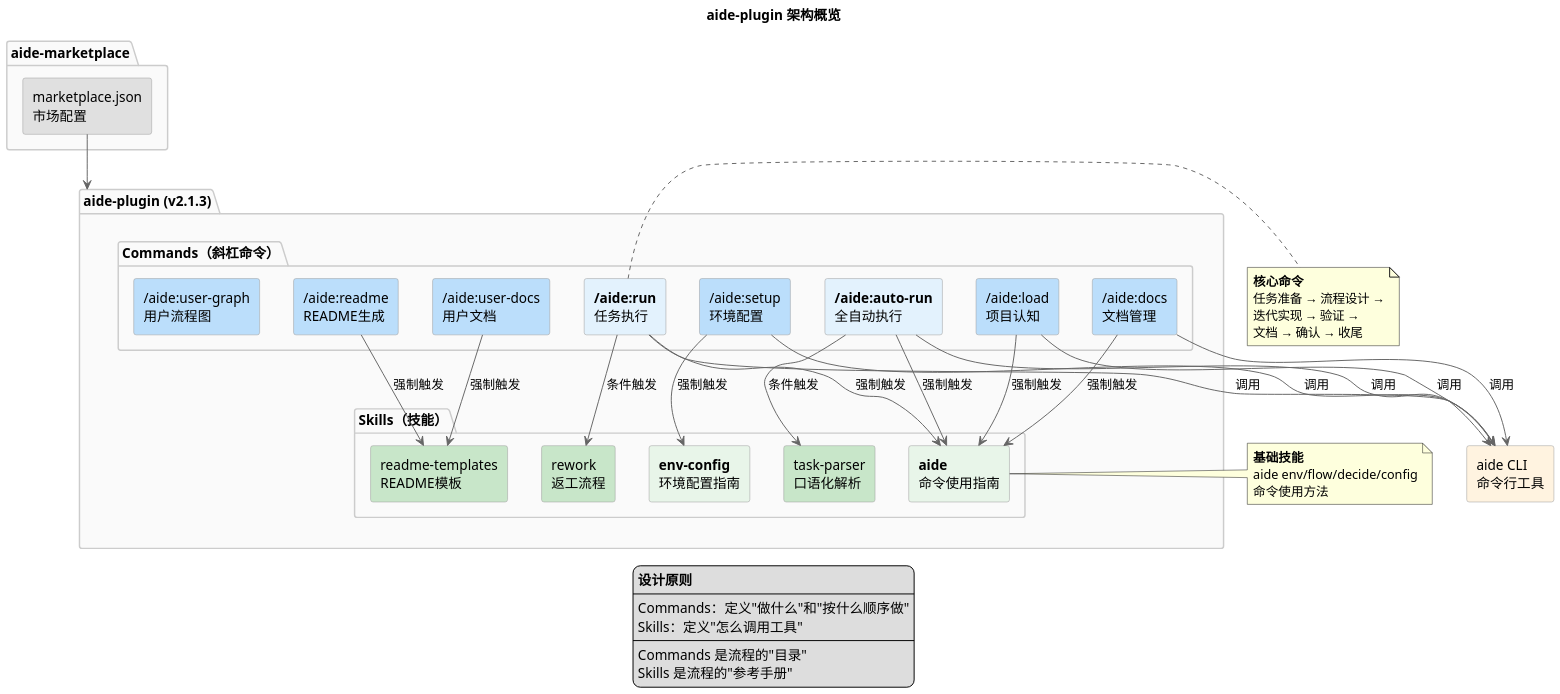
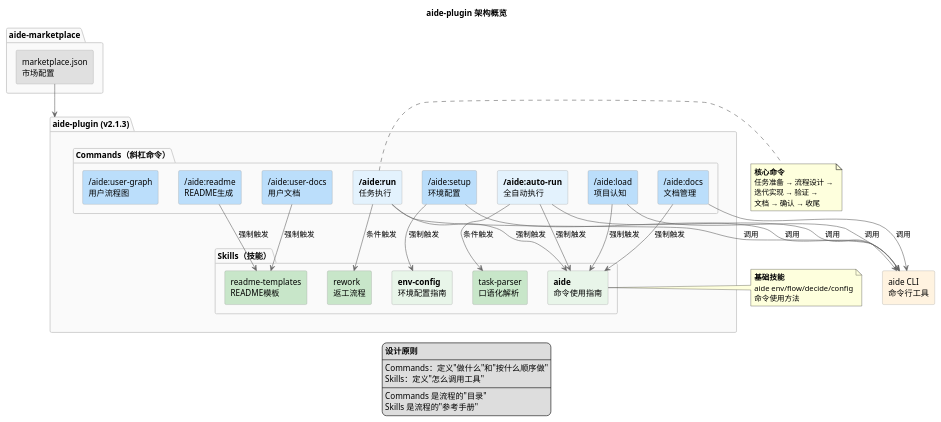
The diagram in docs/graph-guide/aide-marketplace/guide.puml (sayurinana/agent-aide), drawn with PlantUML before and after one commit. The commit also changed 32 other files, not shown here.

```diff
--- a/docs/graph-guide/aide-marketplace/guide.puml
+++ b/docs/graph-guide/aide-marketplace/guide.puml
@@ -1,93 +1,93 @@
 @startuml guide
 skinparam defaultFontName "PingFang SC"
 skinparam dpi 300
-scale 0.5
+scale 0.3
 
 title aide-plugin 架构概览
 
 ' 样式配置
 skinparam componentStyle rectangle
 skinparam ArrowColor #666666
 skinparam ComponentBackgroundColor #F5F5F5
 skinparam ComponentBorderColor #999999
 skinparam PackageBackgroundColor #FAFAFA
 skinparam PackageBorderColor #CCCCCC
 
 ' 市场
 package "aide-marketplace" as market {
     component "marketplace.json\n市场配置" as market_config #E0E0E0
 }
 
 ' 插件
 package "aide-plugin (v2.1.3)" as plugin {
 
     ' Commands
     package "Commands（斜杠命令）" as commands {
         component "**/aide:run**\n任务执行" as run #E3F2FD
         component "**/aide:auto-run**\n全自动执行" as autorun #E3F2FD
         component "/aide:setup\n环境配置" as setup #BBDEFB
         component "/aide:load\n项目认知" as load #BBDEFB
         component "/aide:docs\n文档管理" as docs #BBDEFB
         component "/aide:readme\nREADME生成" as readme #BBDEFB
         component "/aide:user-docs\n用户文档" as userdocs #BBDEFB
         component "/aide:user-graph\n用户流程图" as usergraph #BBDEFB
     }
 
     ' Skills
     package "Skills（技能）" as skills {
         component "**aide**\n命令使用指南" as skill_aide #E8F5E9
         component "**env-config**\n环境配置指南" as skill_env #E8F5E9
         component "readme-templates\nREADME模板" as skill_readme #C8E6C9
         component "rework\n返工流程" as skill_rework #C8E6C9
         component "task-parser\n口语化解析" as skill_parser #C8E6C9
     }
 }
 
 ' 外部依赖
 component "aide CLI\n命令行工具" as cli #FFF3E0
 
 ' 触发关系
 run --> skill_aide : 强制触发
 run --> skill_rework : 条件触发
 autorun --> skill_aide : 强制触发
 autorun --> skill_parser : 条件触发
 setup --> skill_env : 强制触发
 load --> skill_aide : 强制触发
 docs --> skill_aide : 强制触发
 readme --> skill_readme : 强制触发
 userdocs --> skill_readme : 强制触发
 
 ' CLI 调用
 run --> cli : 调用
 autorun --> cli : 调用
 setup --> cli : 调用
 load --> cli : 调用
 docs --> cli : 调用
 
 ' 市场关系
 market_config --> plugin
 
 note right of run
   **核心命令**
   任务准备 → 流程设计 →
   迭代实现 → 验证 →
   文档 → 确认 → 收尾
 end note
 
 note right of skill_aide
   **基础技能**
   aide env/flow/decide/config
   命令使用方法
 end note
 
 legend bottom
   **设计原则**
   ----
   Commands：定义"做什么"和"按什么顺序做"
   Skills：定义"怎么调用工具"
   ----
   Commands 是流程的"目录"
   Skills 是流程的"参考手册"
 endlegend
 
 @enduml
```
